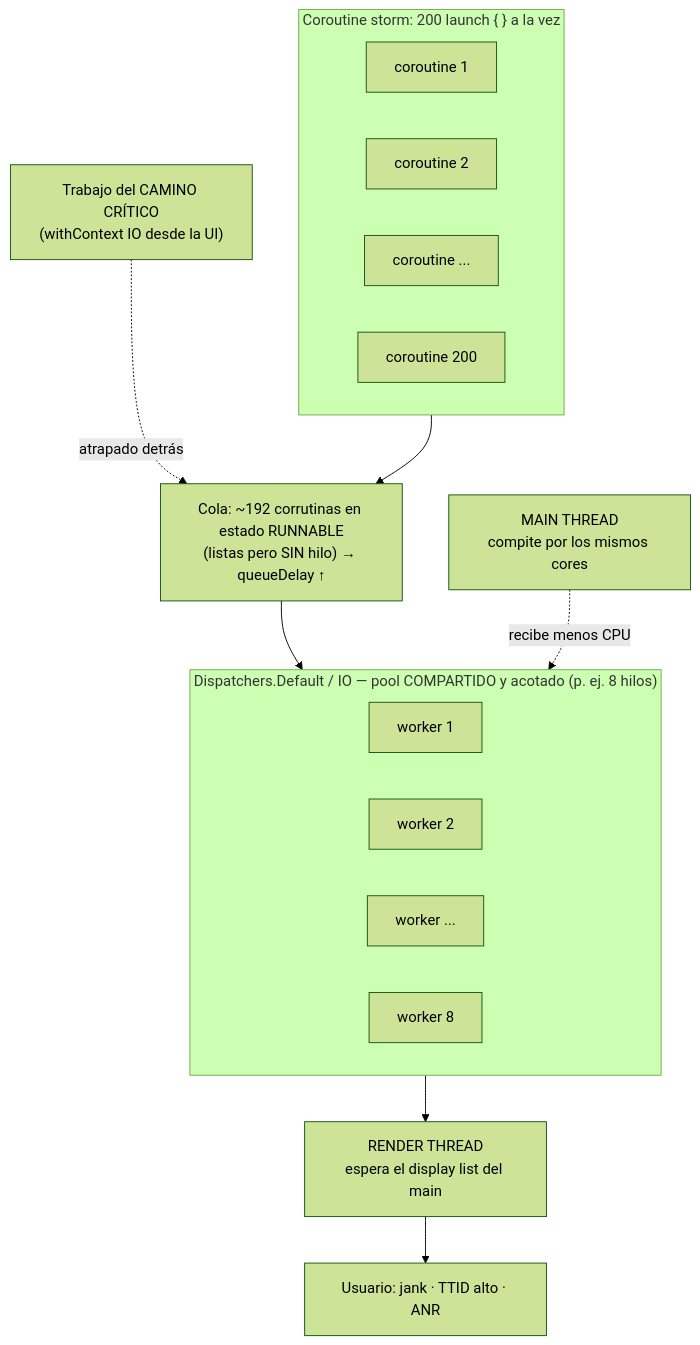
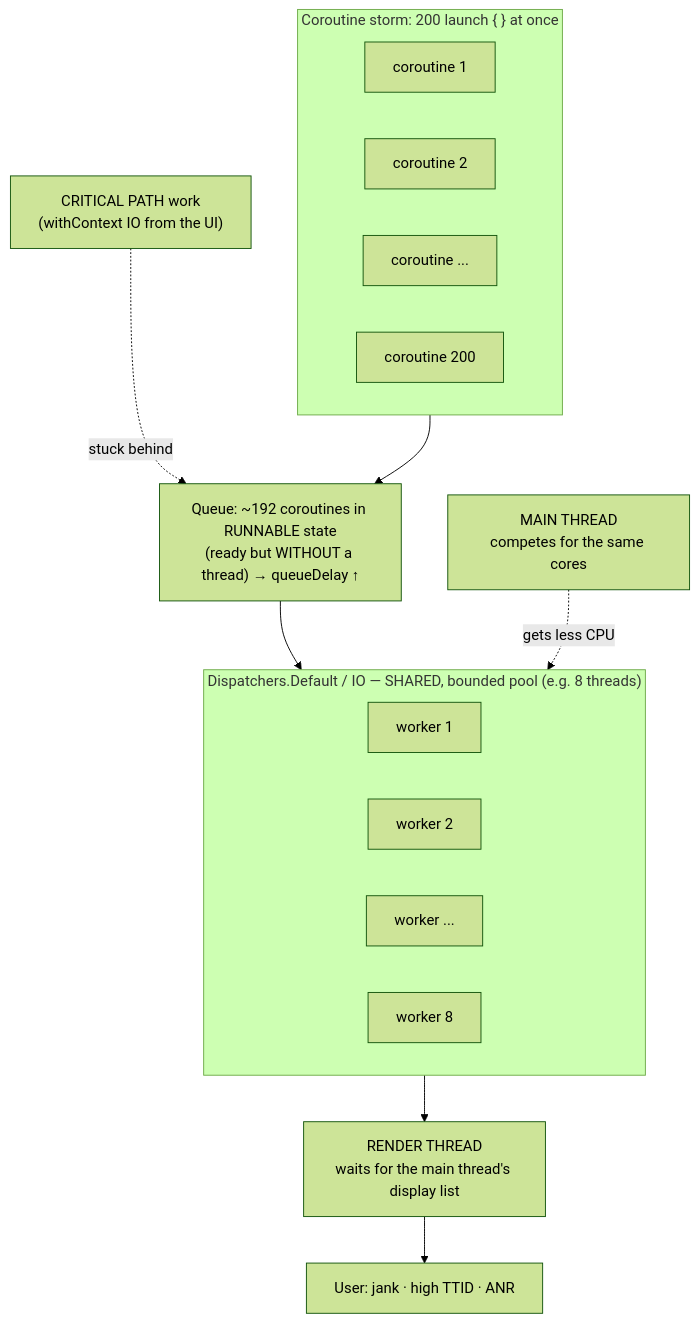
One commit to santimattius/android-app-startup-extension changed the diagram in docs/coroutine-storm.md. Above: the diagram before and after it, drawn with Mermaid (forest theme). The commit also changed other lines of this file and 4 other files, not shown here.

````diff
--- a/docs/coroutine-storm.md
+++ b/docs/coroutine-storm.md
@@ -52,27 +52,27 @@
 ```mermaid
 flowchart TB
-    subgraph storm["Coroutine storm: 200 launch { } a la vez"]
+    subgraph storm["Coroutine storm: 200 launch { } at once"]
         direction LR
         c1["coroutine 1"]
         c2["coroutine 2"]
         c3["coroutine ..."]
         cN["coroutine 200"]
     end
 
-    queue["Cola: ~192 corrutinas en estado RUNNABLE<br/>(listas pero SIN hilo) → queueDelay ↑"]
+    queue["Queue: ~192 coroutines in RUNNABLE state<br/>(ready but WITHOUT a thread) → queueDelay ↑"]
 
-    subgraph pool["Dispatchers.Default / IO — pool COMPARTIDO y acotado (p. ej. 8 hilos)"]
+    subgraph pool["Dispatchers.Default / IO — SHARED, bounded pool (e.g. 8 threads)"]
         direction LR
         w1["worker 1"]
         w2["worker 2"]
         w3["worker ..."]
         w8["worker 8"]
     end
 
     storm --> queue --> pool
 
-    crit["Trabajo del CAMINO CRÍTICO<br/>(withContext IO desde la UI)"] -. atrapado detrás .-> queue
-    main["MAIN THREAD<br/>compite por los mismos cores"] -. recibe menos CPU .-> pool
-    pool --> render["RENDER THREAD<br/>espera el display list del main"]
-    render --> ux["Usuario: jank · TTID alto · ANR"]
+    crit["CRITICAL PATH work<br/>(withContext IO from the UI)"] -. stuck behind .-> queue
+    main["MAIN THREAD<br/>competes for the same cores"] -. gets less CPU .-> pool
+    pool --> render["RENDER THREAD<br/>waits for the main thread's display list"]
+    render --> ux["User: jank · high TTID · ANR"]
 ```
````
